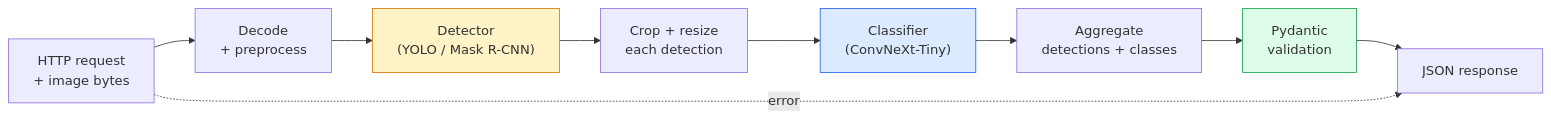
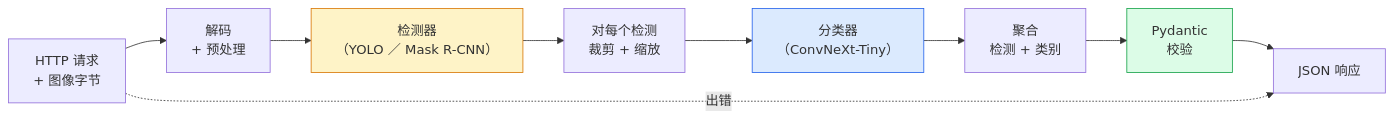
One commit to JerryC8080/ai-engineering-from-scratch-zh changed the diagram in phases/04-computer-vision/16-vision-pipeline-capstone/docs/zh.md. Above: the diagram before and after it, drawn with Mermaid. The commit also changed 156 other files, not shown here.

First line of the commit message:
i18n(zh): translate mermaid diagram labels in 157 lesson zh.md

````diff
--- a/phases/04-computer-vision/16-vision-pipeline-capstone/docs/zh.md
+++ b/phases/04-computer-vision/16-vision-pipeline-capstone/docs/zh.md
@@ -31,16 +31,16 @@
 ```mermaid
 flowchart LR
-    REQ["HTTP request<br/>+ image bytes"] --> LOAD["Decode<br/>+ preprocess"]
-    LOAD --> DET["Detector<br/>(YOLO / Mask R-CNN)"]
-    DET --> CROP["Crop + resize<br/>each detection"]
-    CROP --> CLS["Classifier<br/>(ConvNeXt-Tiny)"]
-    CLS --> AGG["Aggregate<br/>detections + classes"]
-    AGG --> SCHEMA["Pydantic<br/>validation"]
-    SCHEMA --> RESP["JSON response"]
+    REQ["HTTP 请求<br/>+ 图像字节"] --> LOAD["解码<br/>+ 预处理"]
+    LOAD --> DET["检测器<br/>（YOLO ／ Mask R-CNN）"]
+    DET --> CROP["对每个检测<br/>裁剪 + 缩放"]
+    CROP --> CLS["分类器<br/>（ConvNeXt-Tiny）"]
+    CLS --> AGG["聚合<br/>检测 + 类别"]
+    AGG --> SCHEMA["Pydantic<br/>校验"]
+    SCHEMA --> RESP["JSON 响应"]
 
-    REQ -.->|error| RESP
+    REQ -.->|出错| RESP
 
     style DET fill:#fef3c7,stroke:#d97706
     style CLS fill:#dbeafe,stroke:#2563eb
     style SCHEMA fill:#dcfce7,stroke:#16a34a
 ```
````
